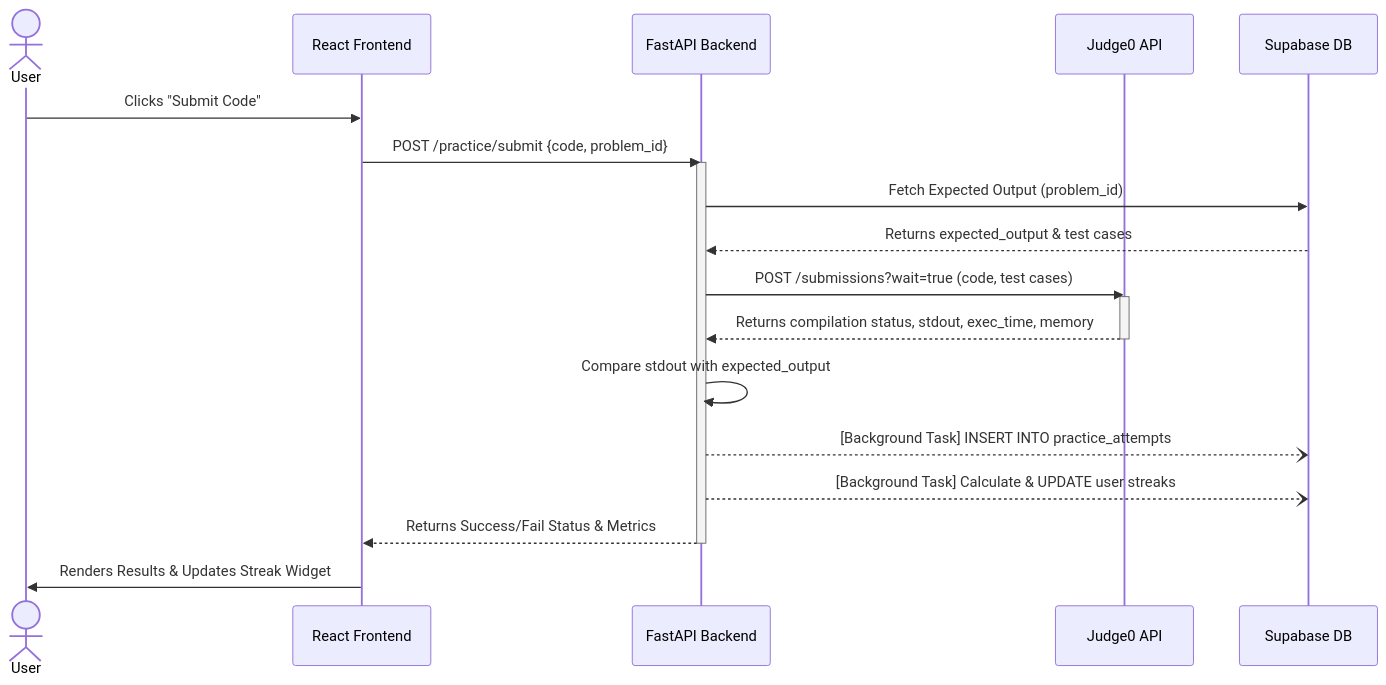
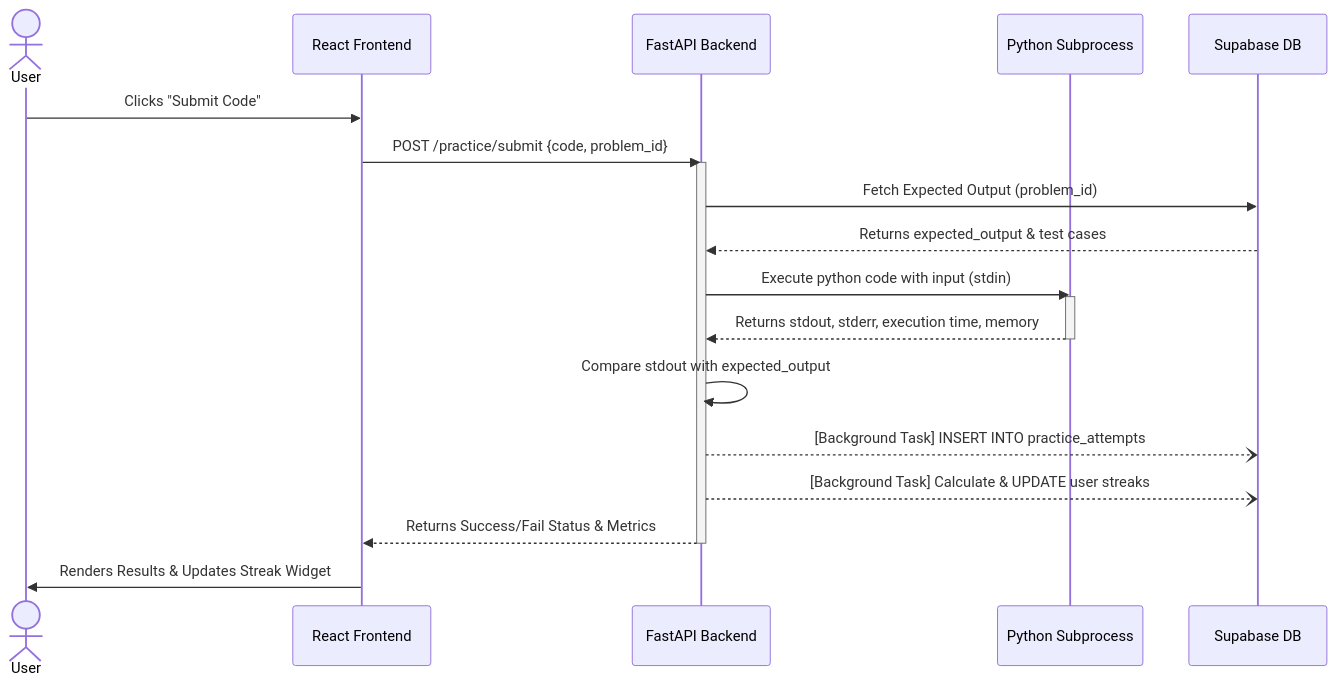
The first of 5 diagrams in docs/diagrams/sequence.md (AkifNaveed12/AlgoVision--AI-Powered-Data-Structures-Learning-and-Analysis-System), drawn with Mermaid before and after one commit. The commit also changed other lines of this file and 7 other files, not shown here.

Commit message:
fix(docs): correct mermaid syntax, expand system diagrams, and replace Judge0 with local subprocess executor per Roman's v2 pipeline

````diff
--- a/docs/diagrams/sequence.md
+++ b/docs/diagrams/sequence.md
@@ -7,31 +7,31 @@
 ```mermaid
 sequenceDiagram
     actor User
     participant Frontend as React Frontend
     participant Backend as FastAPI Backend
-    participant Judge0 as Judge0 API
+    participant Compiler as Python Subprocess
     participant Supabase as Supabase DB
 
     User->>Frontend: Clicks "Submit Code"
     Frontend->>Backend: POST /practice/submit {code, problem_id}
     
     activate Backend
     Backend->>Supabase: Fetch Expected Output (problem_id)
     Supabase-->>Backend: Returns expected_output & test cases
     
-    Backend->>Judge0: POST /submissions?wait=true (code, test cases)
-    activate Judge0
-    Judge0-->>Backend: Returns compilation status, stdout, exec_time, memory
-    deactivate Judge0
+    Backend->>Compiler: Execute python code with input (stdin)
+    activate Compiler
+    Compiler-->>Backend: Returns stdout, stderr, execution time, memory
+    deactivate Compiler
     
     Backend->>Backend: Compare stdout with expected_output
     
     %% Background task triggered
     Backend--)Supabase: [Background Task] INSERT INTO practice_attempts
     Backend--)Supabase: [Background Task] Calculate & UPDATE user streaks
     
     Backend-->>Frontend: Returns Success/Fail Status & Metrics
     deactivate Backend
     
     Frontend->>User: Renders Results & Updates Streak Widget
 ```
````
